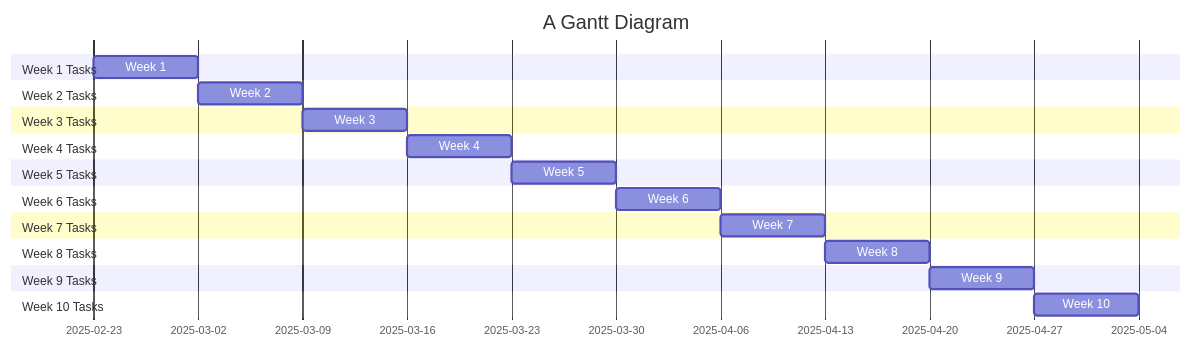
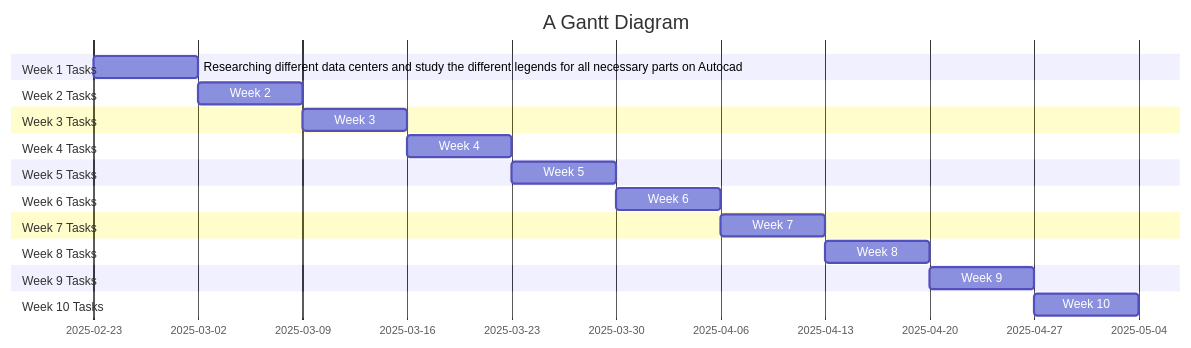
One commit to Tukonoma/UNVS-190---Group-2 changed the diagram in Timeline.md. Above: the diagram before and after it, drawn with Mermaid.

Commit message:
Timeline.md

````diff
--- a/Timeline.md
+++ b/Timeline.md
@@ -1,39 +1,39 @@
 ```mermaid
 gantt
     title A Gantt Diagram
     dateFormat YYYY-MM-DD
     section Week 1 Tasks
-        Week 1          :a1, 2025-02-23, 7d
+        Researching different data centers and study the different legends for all necessary parts on Autocad          :a1, 2025-02-23, 7d
        
     section Week 2 Tasks
         Week 2 :2025-03-02, 7d
 
 
     section Week 3 Tasks
         Week 3          :2025-03-09, 7d
 
 
     section Week 4 Tasks
         Week 4          :2025-03-16, 7d
    
     section Week 5 Tasks
         Week 5          :2025-03-23, 7d
   section Week 6 Tasks
         Week 6      :2025-03-30, 7d
        
     section Week 7 Tasks
         Week 7      :2025-04-06, 7d
        
     section Week 8 Tasks
         Week 8      :2025-04-13, 7d
 
 
     section Week 9 Tasks
         Week 9      :2025-04-20, 7d
 
 
     section Week 10 Tasks
         Week 10     :2025-04-27, 7d
 
 
 ```
````
